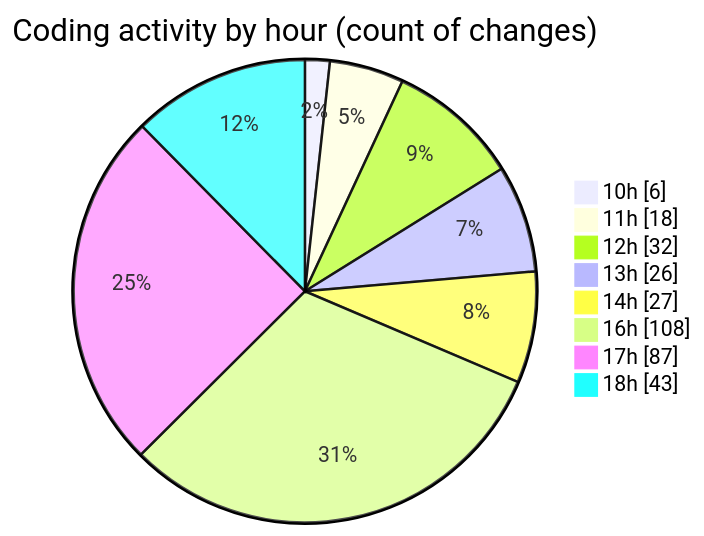
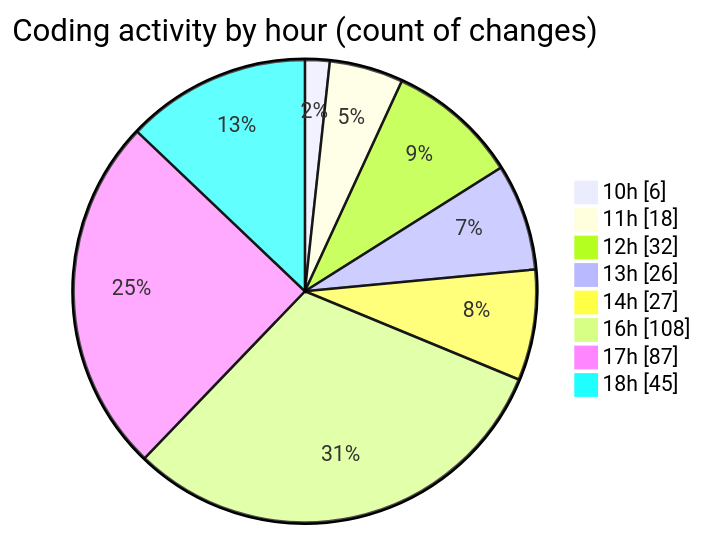
Before and after one commit to momahboobian/code-tracking: the second of 2 diagrams in 2026-09-03/cda/README.md, drawn with Mermaid. The commit also changed other lines of this file and 1 other file, not shown here.

````diff
--- a/2026-09-03/cda/README.md
+++ b/2026-09-03/cda/README.md
@@ -100,12 +101,12 @@
 ```mermaid
 pie showData
 title Coding activity by hour (count of changes)
 "10h" : 6
 "11h" : 18
 "12h" : 32
 "13h" : 26
 "14h" : 27
 "16h" : 108
 "17h" : 87
-"18h" : 43
+"18h" : 45
 ```
````
